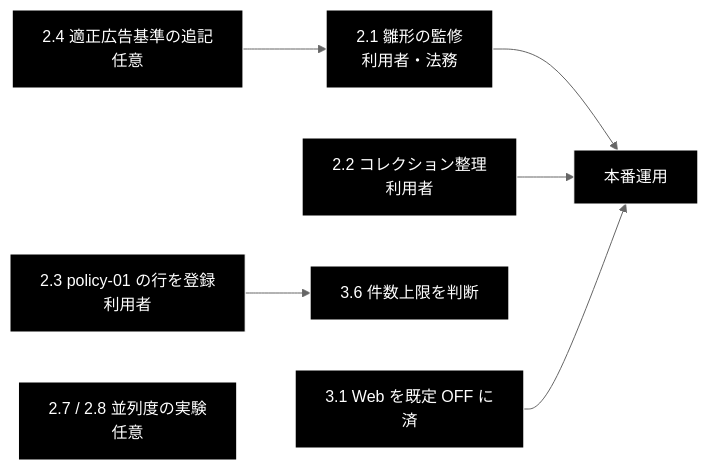
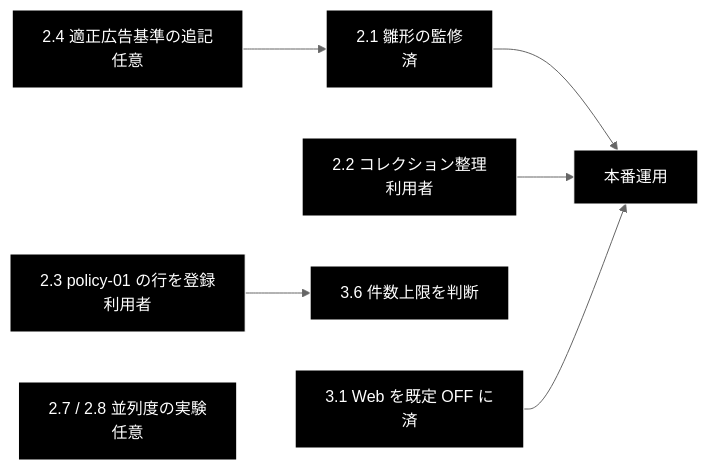
Before and after one commit to nakashima2toshio/grace_v2: the diagram in docs/review_rag_rules_todo.md, drawn with Mermaid (neutral theme). The commit also changed other lines of this file and 2 other files, not shown here.

````diff
--- a/docs/review_rag_rules_todo.md
+++ b/docs/review_rag_rules_todo.md
@@ -192,12 +192,12 @@
 ```mermaid
 flowchart LR
-    A["2.1 雛形の監修<br>利用者・法務"] --> E["本番運用"]
+    A["2.1 雛形の監修<br>済"] --> E["本番運用"]
     B["2.2 コレクション整理<br>利用者"] --> E
     C["2.3 policy-01 の行を登録<br>利用者"] --> F["3.6 件数上限を判断"]
     D["2.4 適正広告基準の追記<br>任意"] --> A
     G["3.1 Web を既定 OFF に<br>済"] --> E
     H["2.7 / 2.8 並列度の実験<br>任意"]
 classDef default fill:#000,stroke:#fff,color:#fff
 classDef subgraphStyle fill:#1a1a1a,stroke:#fff,color:#fff
 class A,B,C,D,E,F,G,H default
 ```
````
